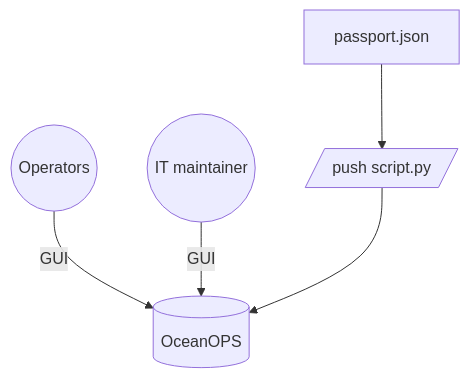
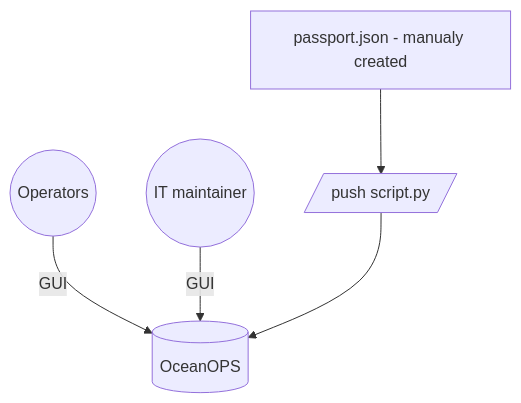
The second of 2 diagrams in 0.ICOS/docs/readme.md (willem0boone/metadata_networks), drawn with Mermaid before and after one commit. The commit also changed other lines of this file, not shown here.

````diff
--- a/0.ICOS/docs/readme.md
+++ b/0.ICOS/docs/readme.md
@@ -65,8 +64,8 @@
 ```mermaid
 flowchart TB
 
 A((Operators)) --GUI--> id1[(OceanOPS)]
 B((IT maintainer)) --GUI--> id1[(OceanOPS)]
-C[passport.json] --> D[/push script.py/]
+C[passport.json - manualy created] --> D[/push script.py/]
 D --> id1
 ```
````
